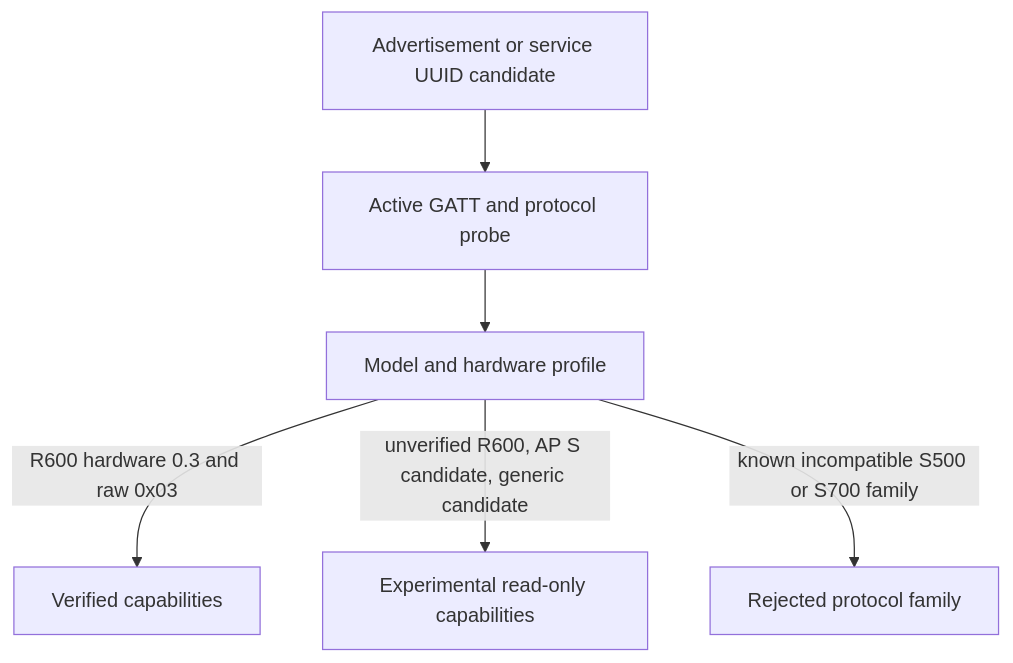
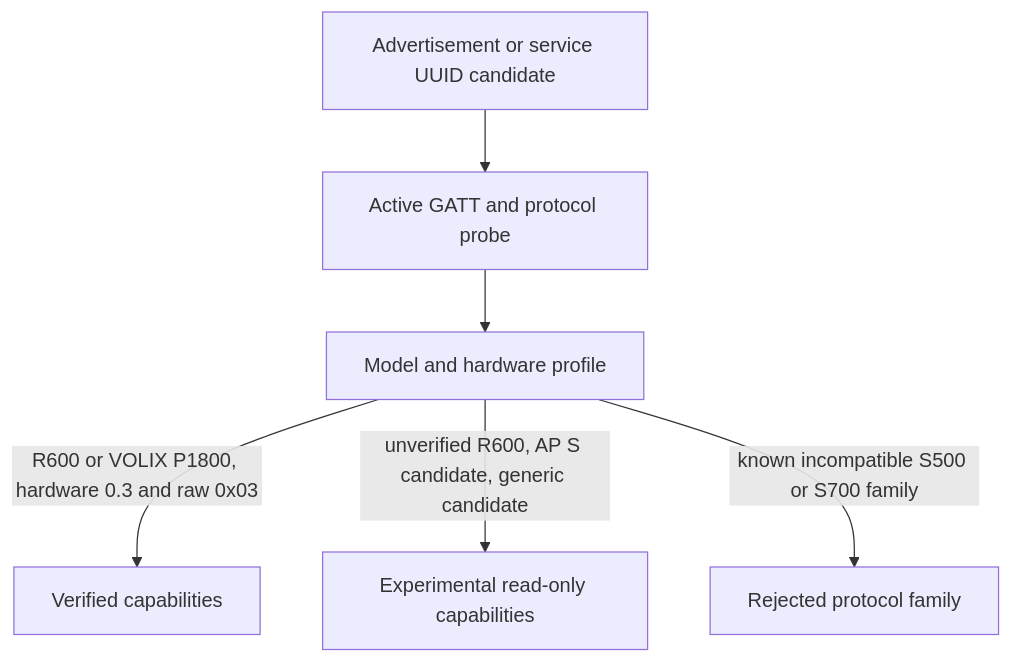
One commit to dedalodaelus/home-assistant-allpowers-ble changed the ninth of 10 diagrams in docs/architecture/system-architecture.md. Above: the diagram before and after it, drawn with Mermaid. The commit also changed other lines of this file and 2 other files, not shown here.

Commit message:
docs: refresh architecture and compatibility

````diff
--- a/docs/architecture/system-architecture.md
+++ b/docs/architecture/system-architecture.md
@@ -325,15 +325,15 @@
 ```mermaid
 flowchart TD
     CAND[Advertisement or service UUID candidate]
     PROBE[Active GATT and protocol probe]
     PROFILE[Model and hardware profile]
     VERIFIED[Verified capabilities]
     EXP[Experimental read-only capabilities]
     REJECT[Rejected protocol family]
 
     CAND --> PROBE
     PROBE --> PROFILE
-    PROFILE -->|R600 hardware 0.3 and raw 0x03| VERIFIED
+    PROFILE -->|R600 or VOLIX P1800, hardware 0.3 and raw 0x03| VERIFIED
     PROFILE -->|unverified R600, AP S candidate, generic candidate| EXP
     PROFILE -->|known incompatible S500 or S700 family| REJECT
 ```
````
